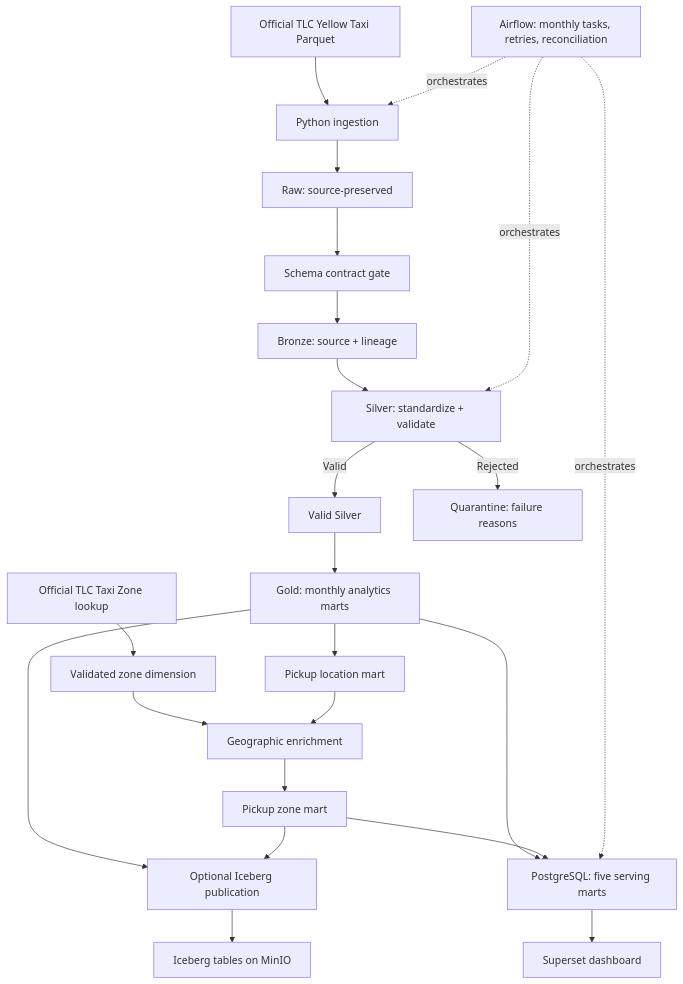
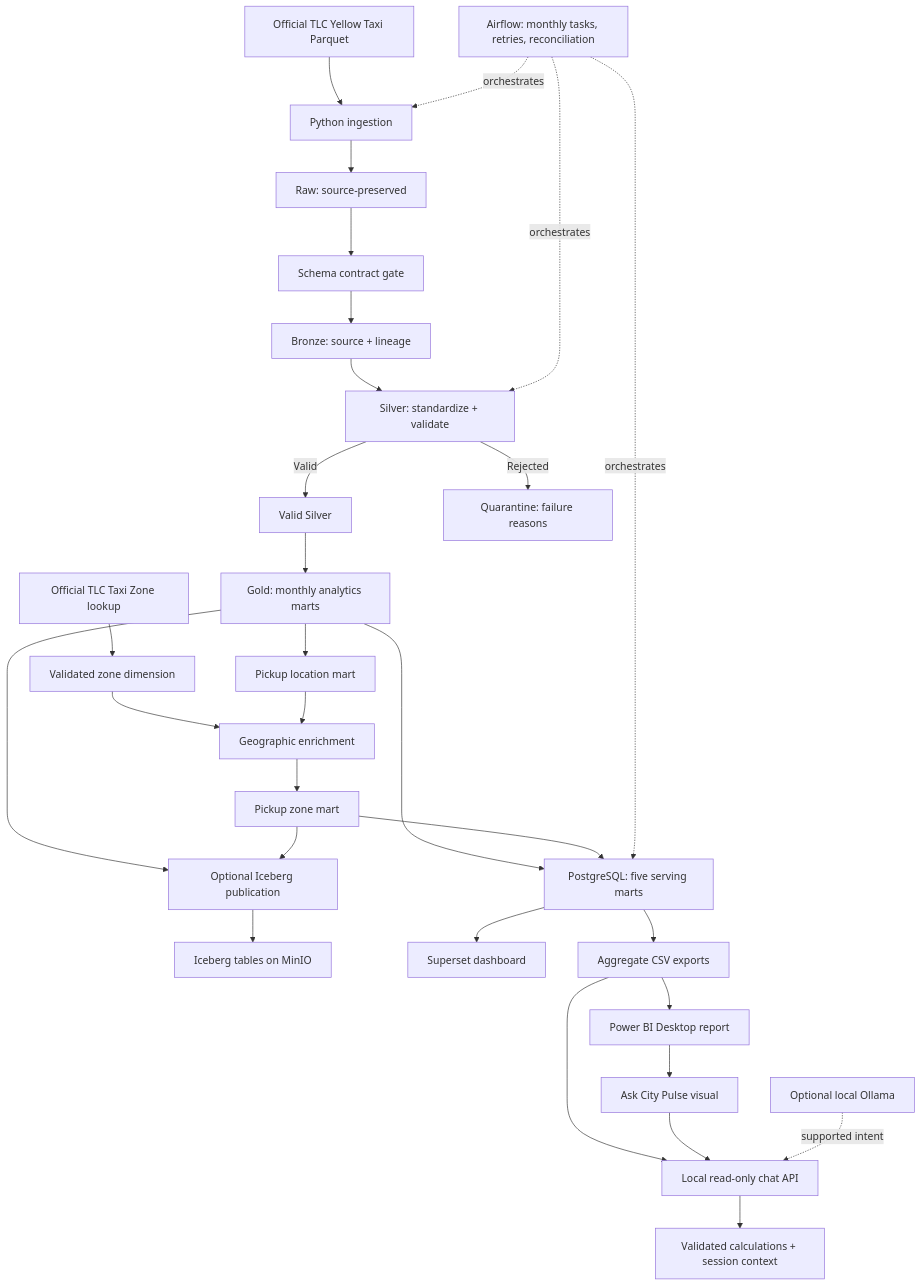
One commit to harshitha-108/nyc-taxi-lakehouse changed the diagram in README.md. Above: the diagram before and after it, drawn with Mermaid. The commit also changed other lines of this file and 13 other files, not shown here.

Commit message:
Add context-aware City Pulse follow-ups and refresh documentation

````diff
--- a/README.md
+++ b/README.md
@@ -18,18 +18,23 @@
 ```mermaid
 flowchart TB
     TLC["Official TLC Yellow Taxi Parquet"] --> ING["Python ingestion"] --> RAW["Raw: source-preserved"]
     RAW --> GATE["Schema contract gate"] --> BR["Bronze: source + lineage"] --> SI["Silver: standardize + validate"]
     SI -->|Valid| V["Valid Silver"] --> GOLD["Gold: monthly analytics marts"]
     SI -->|Rejected| Q["Quarantine: failure reasons"]
     Z["Official TLC Taxi Zone lookup"] --> REF["Validated zone dimension"]
     GOLD --> LOC["Pickup location mart"]
     REF --> GEO["Geographic enrichment"]
     LOC --> GEO --> ZONE["Pickup zone mart"]
     GOLD --> PUB["Optional Iceberg publication"] --> MINIO["Iceberg tables on MinIO"]
     ZONE --> PUB
     GOLD --> SERVE["PostgreSQL: five serving marts"]
     ZONE --> SERVE --> BI["Superset dashboard"]
+    SERVE --> CSV["Aggregate CSV exports"] --> PBI["Power BI Desktop report"]
+    CSV --> API["Local read-only chat API"]
+    PBI --> UI["Ask City Pulse visual"] --> API
+    API --> CALC["Validated calculations + session context"]
+    MODEL["Optional local Ollama"] -. supported intent .-> API
     AIR["Airflow: monthly tasks, retries, reconciliation"] -. orchestrates .-> ING
     AIR -. orchestrates .-> SI
     AIR -. orchestrates .-> SERVE
 ```
````
